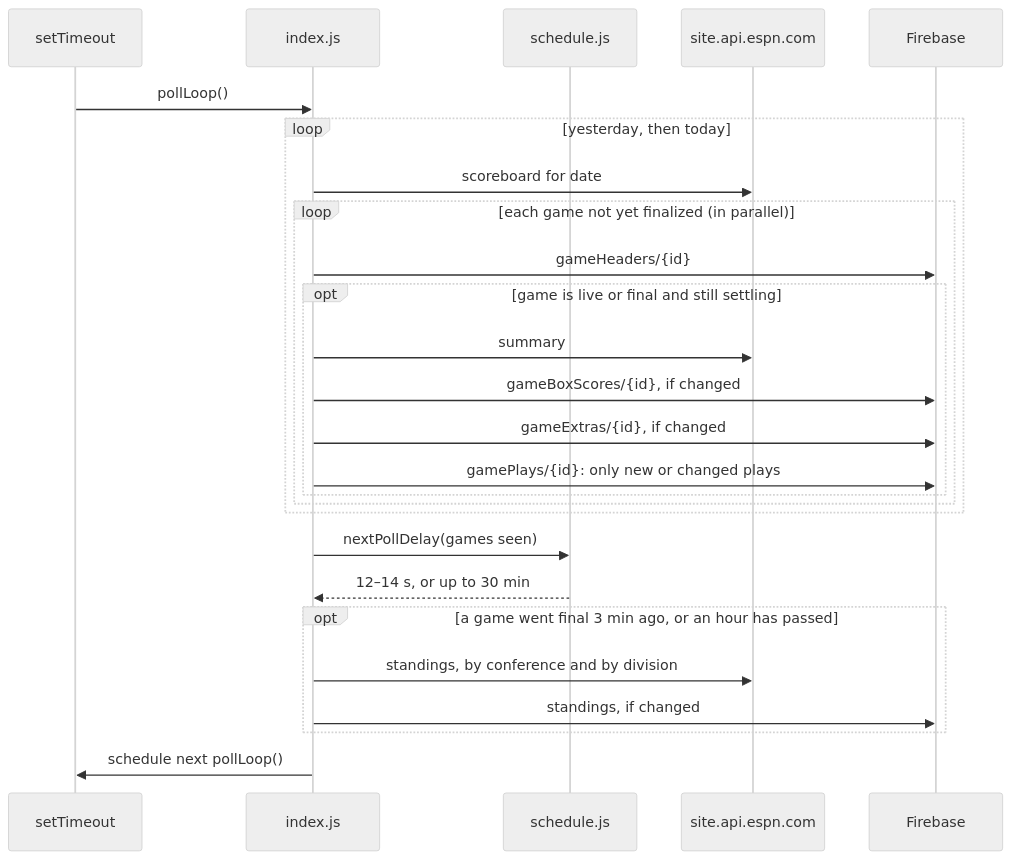
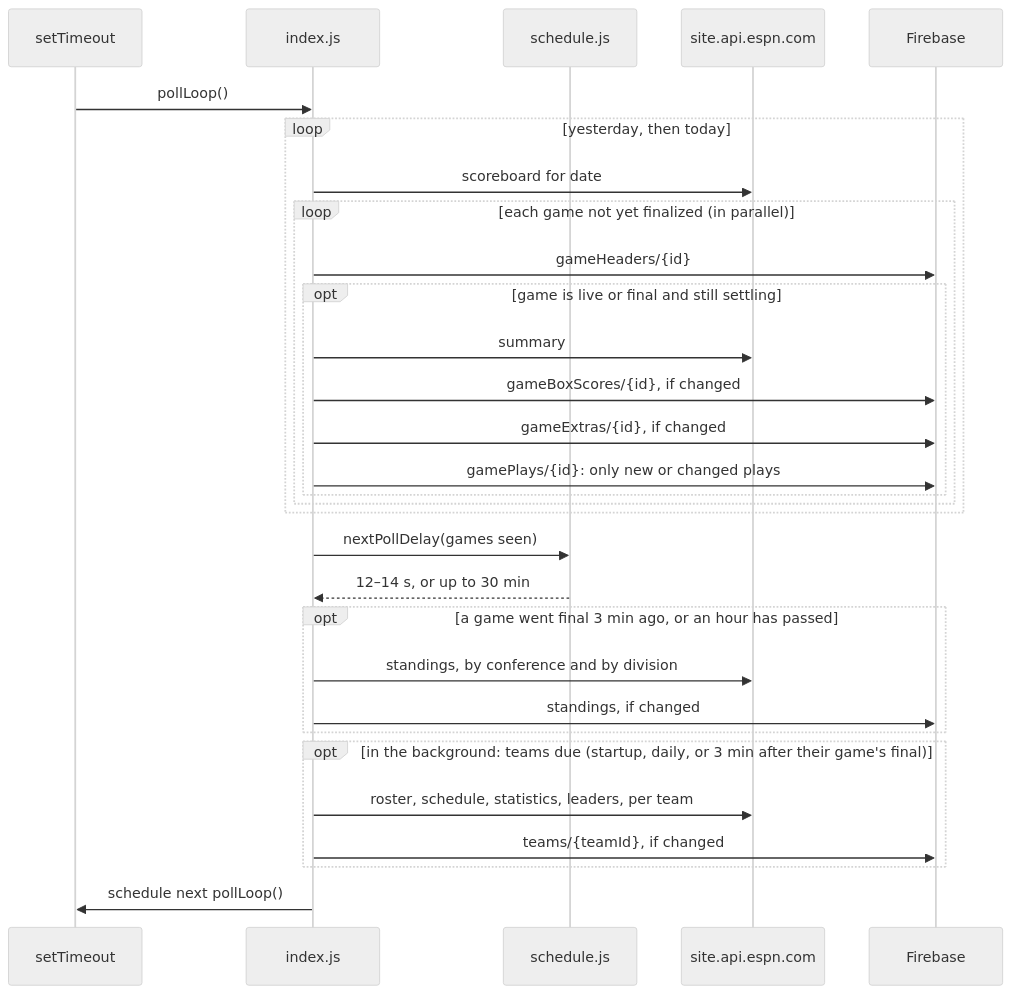
Before and after one commit to kriskramer/hoop-server: the second of 2 diagrams in docs/architecture.md, drawn with Mermaid (neutral theme). The commit also changed other lines of this file and 10 other files, not shown here.

First line of the commit message:
Add team statistics and tests for team functionality

````diff
--- a/docs/architecture.md
+++ b/docs/architecture.md
@@ -84,29 +88,33 @@
 ```mermaid
 sequenceDiagram
     participant Timer as setTimeout
     participant Idx as index.js
     participant Sched as schedule.js
     participant ESPN as site.api.espn.com
     participant DB as Firebase
 
     Timer->>Idx: pollLoop()
     loop yesterday, then today
         Idx->>ESPN: scoreboard for date
         loop each game not yet finalized (in parallel)
             Idx->>DB: gameHeaders/{id}
             opt game is live or final and still settling
                 Idx->>ESPN: summary
                 Idx->>DB: gameBoxScores/{id}, if changed
                 Idx->>DB: gameExtras/{id}, if changed
                 Idx->>DB: gamePlays/{id}: only new or changed plays
             end
         end
     end
     Idx->>Sched: nextPollDelay(games seen)
     Sched-->>Idx: 12–14 s, or up to 30 min
     opt a game went final 3 min ago, or an hour has passed
         Idx->>ESPN: standings, by conference and by division
         Idx->>DB: standings, if changed
     end
+    opt in the background: teams due (startup, daily, or 3 min after their game's final)
+        Idx->>ESPN: roster, schedule, statistics, leaders, per team
+        Idx->>DB: teams/{teamId}, if changed
+    end
     Idx->>Timer: schedule next pollLoop()
 ```
````
